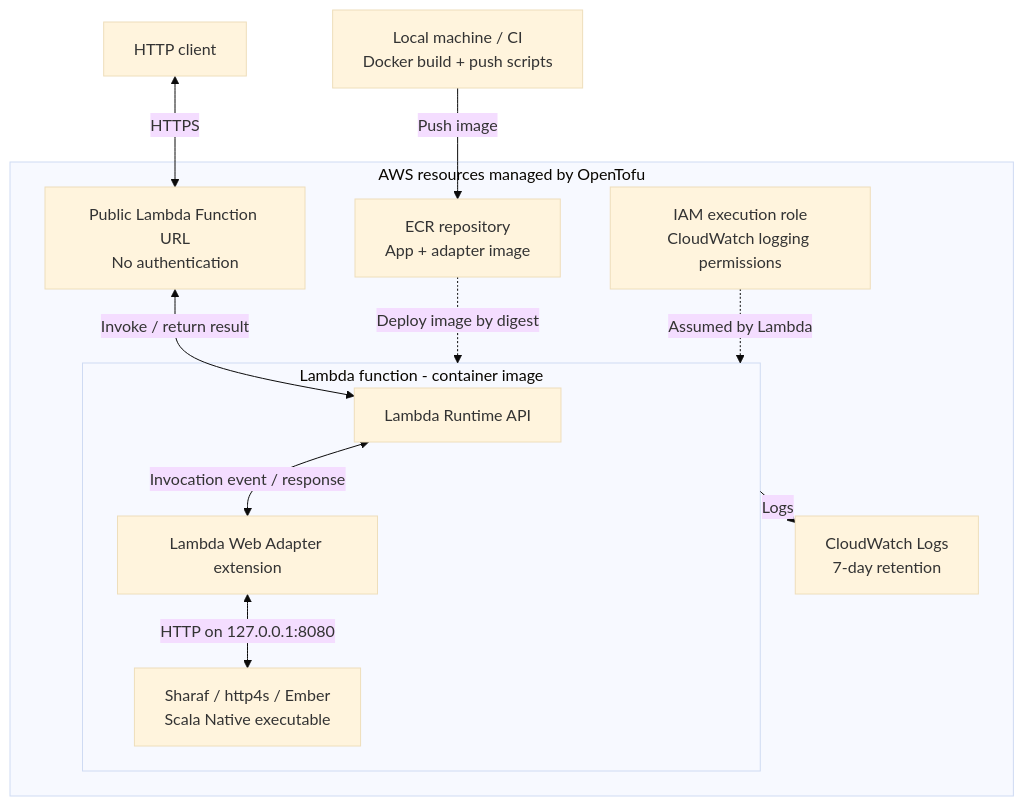
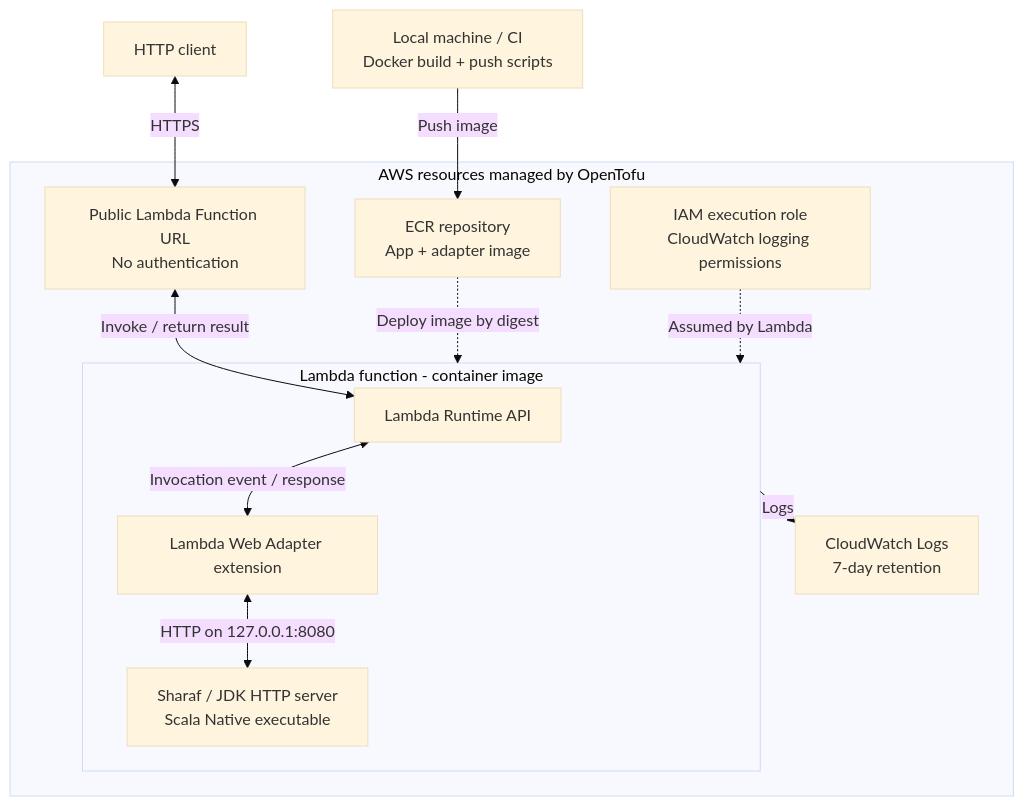
Before and after one commit to sake92/sharaf-aws-lambda-starter: the diagram in README.md, drawn with Mermaid (base theme). The commit also changed other lines of this file and 5 other files, not shown here.

Commit message:
switch to sharaf-jdk-httpserver

````diff
--- a/README.md
+++ b/README.md
@@ -13,28 +13,28 @@
 ```mermaid
 flowchart TB
     build["Local machine / CI<br/>Docker build + push scripts"]
     client[HTTP client]
 
     subgraph aws["AWS resources managed by OpenTofu"]
         ecr["ECR repository<br/>App + adapter image"]
         url["Public Lambda Function URL<br/>No authentication"]
         role["IAM execution role<br/>CloudWatch logging permissions"]
         logs["CloudWatch Logs<br/>7-day retention"]
 
         subgraph fn["Lambda function - container image"]
             runtime[Lambda Runtime API]
             adapter[Lambda Web Adapter extension]
-            app["Sharaf / http4s / Ember<br/>Scala Native executable"]
+            app["Sharaf / JDK HTTP server<br/>Scala Native executable"]
             runtime <-->|Invocation event / response| adapter
             adapter <-->|HTTP on 127.0.0.1:8080| app
         end
 
         url <-->|Invoke / return result| runtime
         ecr -.->|Deploy image by digest| fn
         role -.->|Assumed by Lambda| fn
         fn -->|Logs| logs
     end
 
     build -->|Push image| ecr
     client <-->|HTTPS| url
 ```
````
